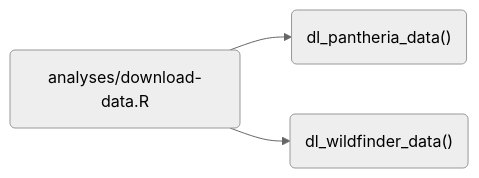
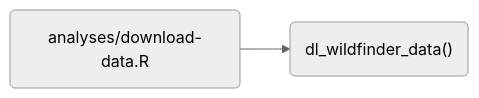
Before and after one commit to rdatatoolbox/rdatatoolbox.github.io: the first of 2 diagrams in chapters/ex-compendium.qmd, drawn with Mermaid. The commit also changed other lines of this file and 1 other file, not shown here.

````diff
--- a/chapters/ex-compendium.qmd
+++ b/chapters/ex-compendium.qmd
@@ -811,7 +682,6 @@
 ```{mermaid}
 %%{init:{'theme':'neutral','flowchart':{'htmlLabels':false}}}%%
 flowchart LR
   B("analyses/download-data.R")
-  B --> C("dl_pantheria_data()")
   B --> D("dl_wildfinder_data()")
 ```
````
